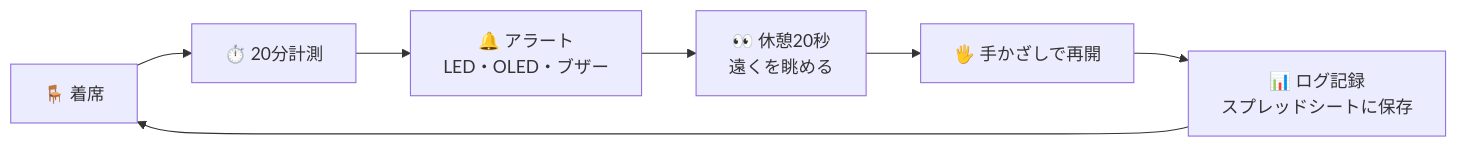
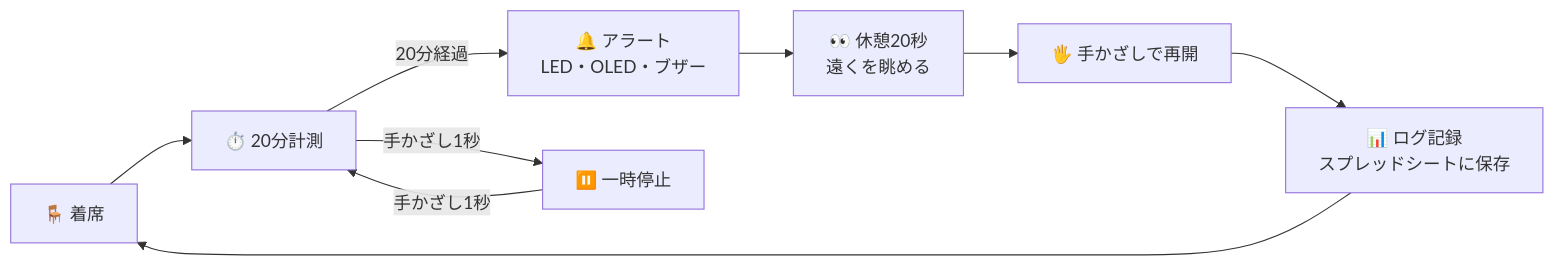
One commit to sora24sky/project-eye changed the diagram in readme.md. Above: the diagram before and after it, drawn with Mermaid.

Commit message:
修正

````diff
--- a/readme.md
+++ b/readme.md
@@ -51,9 +51,11 @@
 ```mermaid
 flowchart LR
     A["🪑 着席"] --> B["⏱️ 20分計測"]
-    B --> C["🔔 アラート\nLED・OLED・ブザー"]
+    B -->|20分経過| C["🔔 アラート\nLED・OLED・ブザー"]
     C --> D["👀 休憩20秒\n遠くを眺める"]
     D --> E["🖐️ 手かざしで再開"]
     E --> F["📊 ログ記録\nスプレッドシートに保存"]
     F --> A
+    B -->|手かざし1秒| P["⏸️ 一時停止"]
+    P -->|手かざし1秒| B
 ```
````
